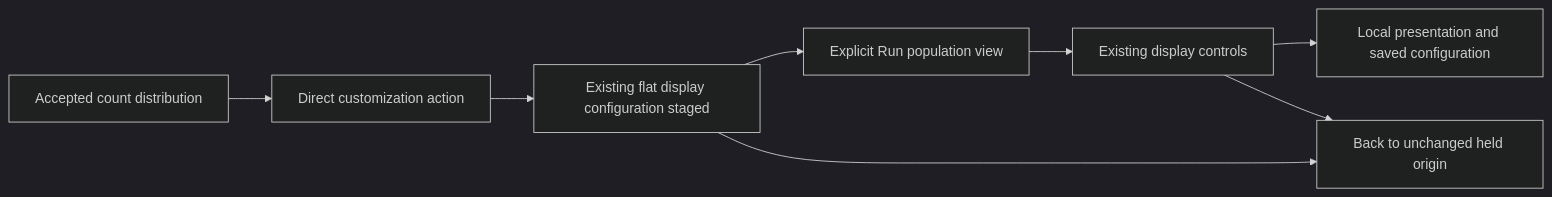
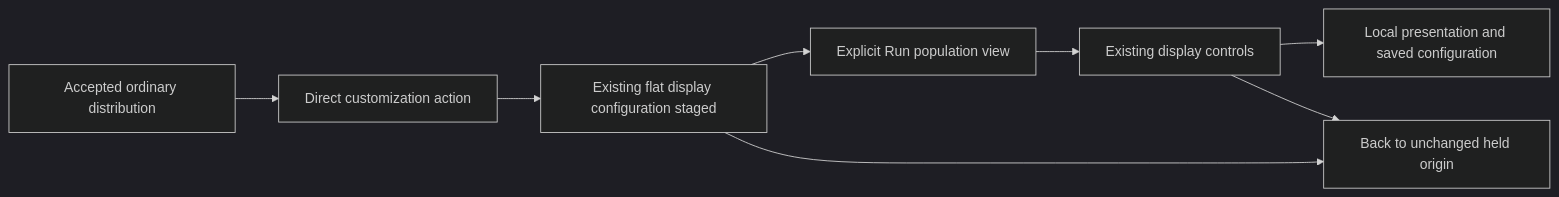
Before and after one commit to casselc/goo: the diagram in docs/DISTRIBUTION_CUSTOMIZATION.md, drawn with Mermaid (dark theme). The commit also changed other lines of this file and 28 other files, not shown here.

````diff
--- a/docs/DISTRIBUTION_CUSTOMIZATION.md
+++ b/docs/DISTRIBUTION_CUSTOMIZATION.md
@@ -47,10 +53,10 @@
 ```mermaid
 flowchart LR
-  D[Accepted count distribution] --> C[Direct customization action]
+  D[Accepted ordinary distribution] --> C[Direct customization action]
   C --> S[Existing flat display configuration staged]
   S --> R[Explicit Run population view]
   R --> V[Existing display controls]
   V --> L[Local presentation and saved configuration]
   S --> B[Back to unchanged held origin]
   V --> B
 ```
````
